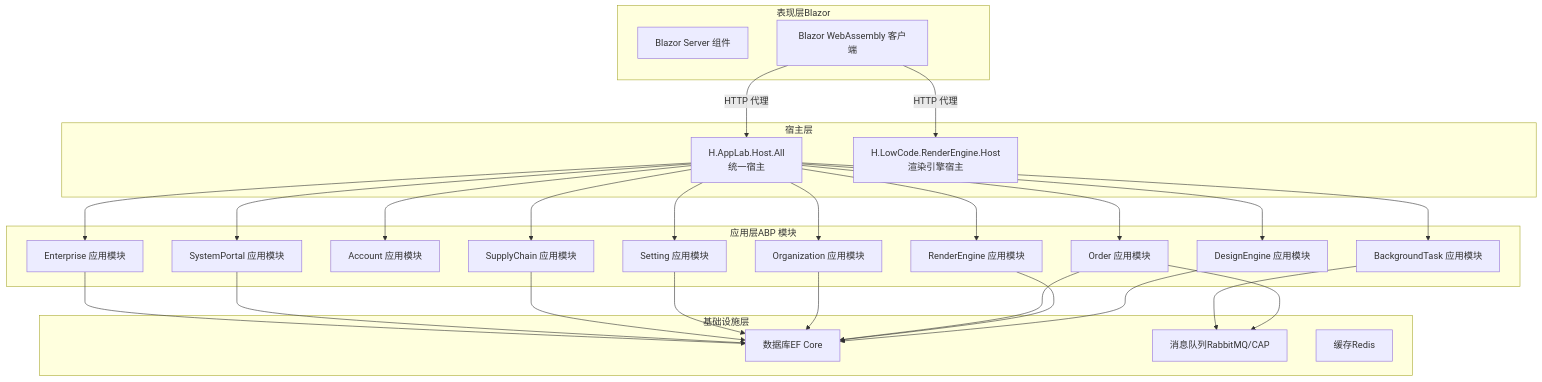
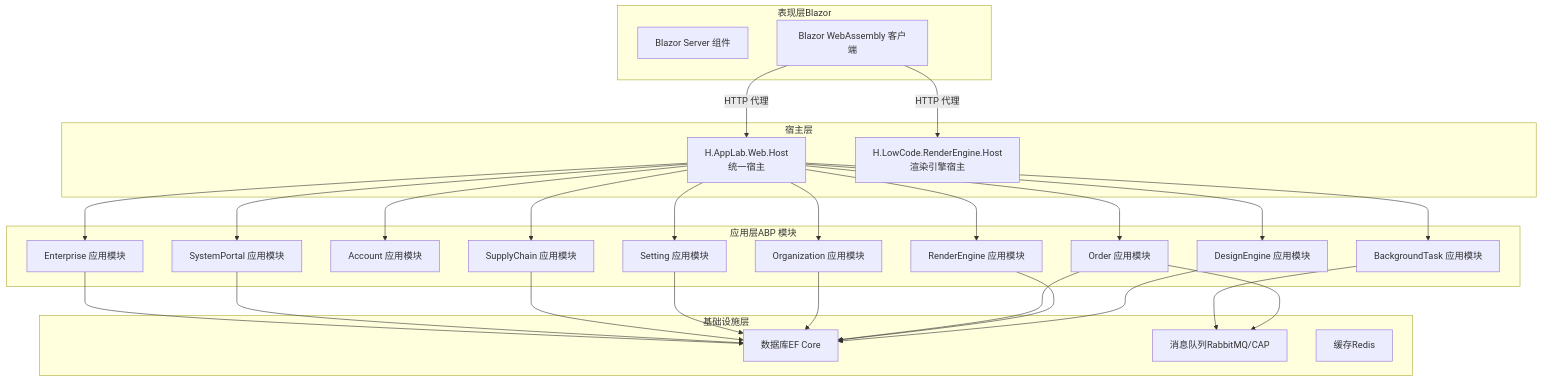
One commit to openlowcodelab/lowcode changed the first of 6 diagrams in .qoder/repowiki/zh/content/架构设计/整体架构.md. Above: the diagram before and after it, drawn with Mermaid. The commit also changed other lines of this file and 31 other files, not shown here.

Commit message:
H.AppLab.Desktop.Host 界面调整

````diff
--- a/.qoder/repowiki/zh/content/架构设计/整体架构.md
+++ b/.qoder/repowiki/zh/content/架构设计/整体架构.md
@@ -51,50 +57,50 @@
 ```mermaid
 graph TB
 subgraph "宿主层"
-HostAll["H.AppLab.Host.All<br/>统一宿主"]
+HostWeb["H.AppLab.Web.Host<br/>统一宿主"]
 HostRE["H.LowCode.RenderEngine.Host<br/>渲染引擎宿主"]
 end
 subgraph "应用层ABP 模块"
 ModDE["DesignEngine 应用模块"]
 ModRE["RenderEngine 应用模块"]
 ModAcc["Account 应用模块"]
 ModOrg["Organization 应用模块"]
 ModOrd["Order 应用模块"]
 ModSet["Setting 应用模块"]
 ModSC["SupplyChain 应用模块"]
 ModBg["BackgroundTask 应用模块"]
 ModSys["SystemPortal 应用模块"]
 ModEnt["Enterprise 应用模块"]
 end
 subgraph "基础设施层"
 DB["数据库EF Core"]
 MQ["消息队列RabbitMQ/CAP"]
 Cache["缓存Redis"]
 end
 subgraph "表现层Blazor"
 Server["Blazor Server 组件"]
 WASM["Blazor WebAssembly 客户端"]
 end
-WASM --> |HTTP 代理| HostAll
+WASM --> |HTTP 代理| HostWeb
 WASM --> |HTTP 代理| HostRE
-HostAll --> ModDE
-HostAll --> ModRE
-HostAll --> ModAcc
-HostAll --> ModOrg
-HostAll --> ModOrd
-HostAll --> ModSet
-HostAll --> ModSC
-HostAll --> ModBg
-HostAll --> ModSys
-HostAll --> ModEnt
+HostWeb --> ModDE
+HostWeb --> ModRE
+HostWeb --> ModAcc
+HostWeb --> ModOrg
+HostWeb --> ModOrd
+HostWeb --> ModSet
+HostWeb --> ModSC
+HostWeb --> ModBg
+HostWeb --> ModSys
+HostWeb --> ModEnt
 ModDE --> DB
 ModRE --> DB
 ModOrd --> DB
 ModOrd --> MQ
 ModOrg --> DB
 ModSet --> DB
 ModSC --> DB
 ModBg --> MQ
 ModSys --> DB
 ModEnt --> DB
 ```
````
